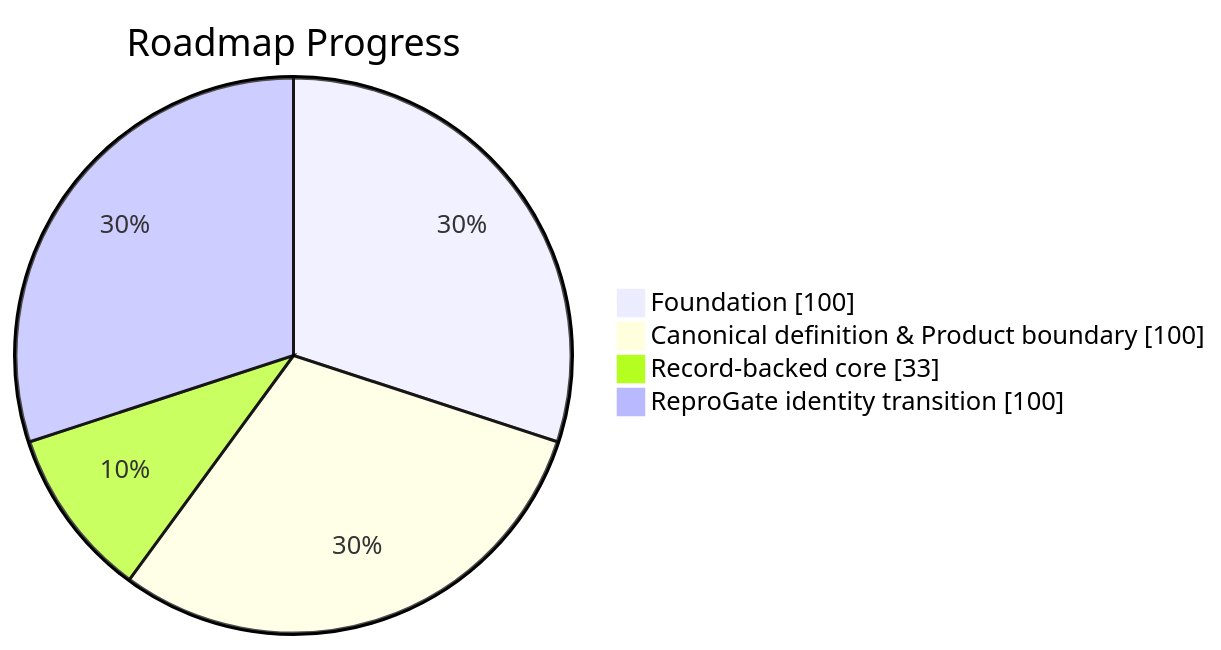
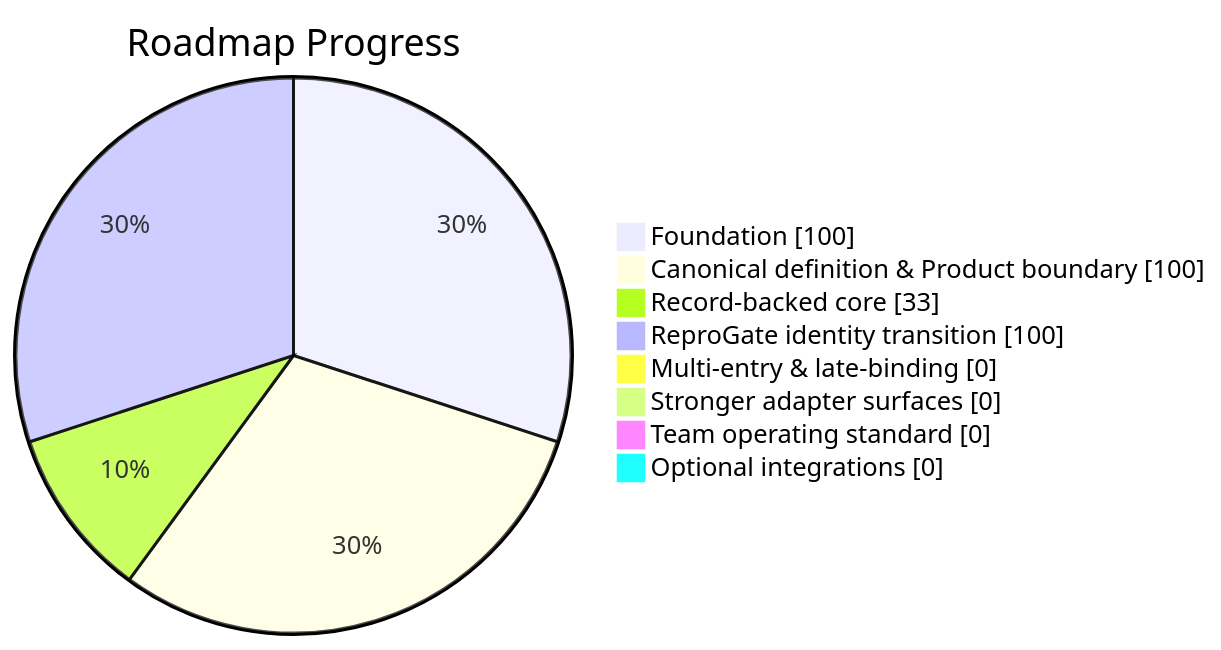
Before and after one commit to pureliture/reprogate: the diagram in meta/progress/progress.md, drawn with Mermaid. The commit also changed other lines of this file and 4 other files, not shown here.

First line of the commit message:
feat(meta): extend progress-map to full roadmap coverage

````diff
--- a/meta/progress/progress.md
+++ b/meta/progress/progress.md
@@ -12,8 +12,12 @@
 ```mermaid
 pie showData
     title Roadmap Progress
     "Foundation" : 100
     "Canonical definition & Product boundary" : 100
     "Record-backed core" : 33
     "ReproGate identity transition" : 100
+    "Multi-entry & late-binding" : 0
+    "Stronger adapter surfaces" : 0
+    "Team operating standard" : 0
+    "Optional integrations" : 0
 ```
````
